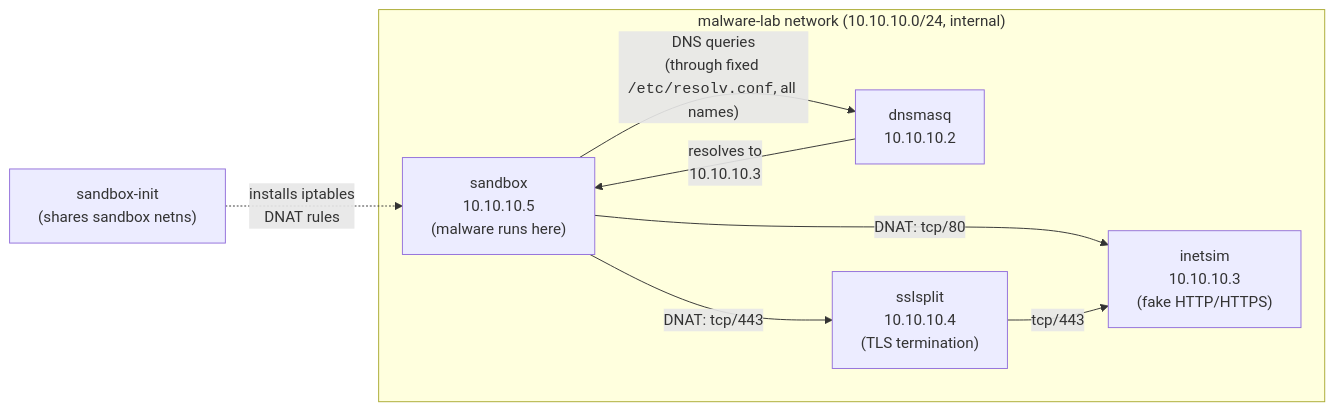
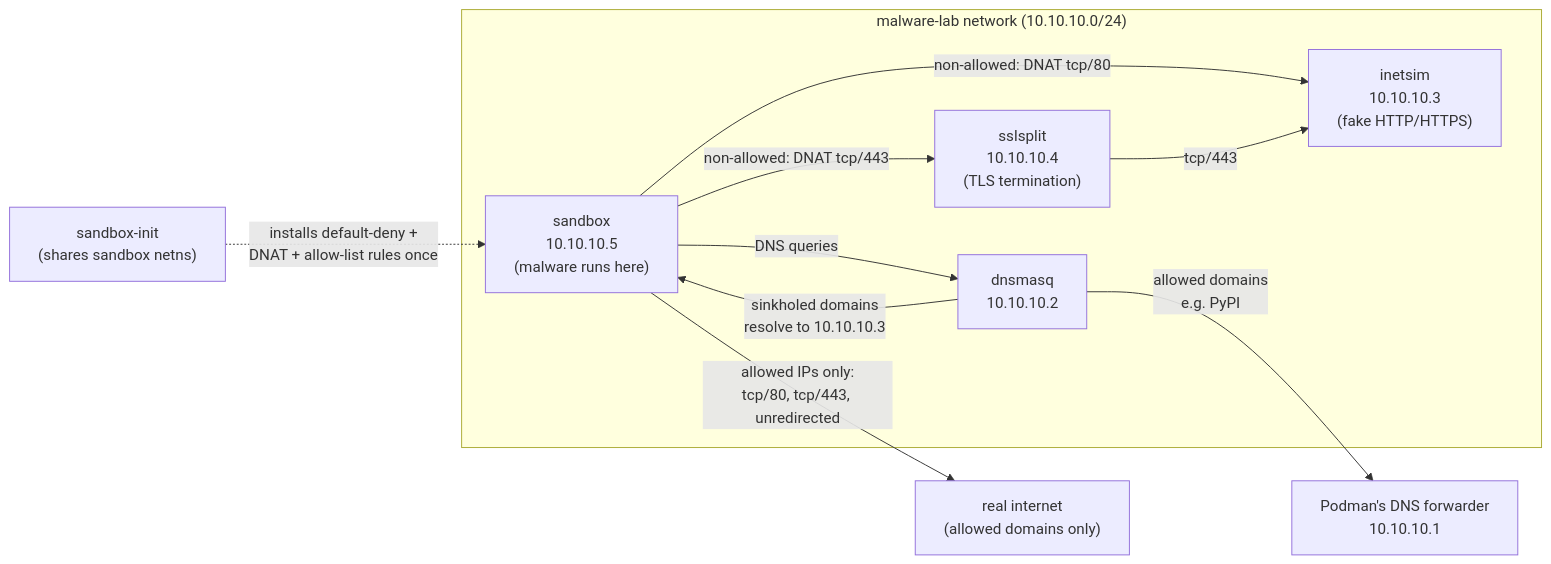
Before and after one commit to wiemerc/MalBox: the first of 2 diagrams in README.md, drawn with Mermaid. The commit also changed other lines of this file and 1 other file, not shown here.

````diff
--- a/README.md
+++ b/README.md
@@ -49,18 +71,23 @@
 ```mermaid
 flowchart LR
-    subgraph net["malware-lab network (10.10.10.0/24, internal)"]
+    subgraph net["malware-lab network (10.10.10.0/24)"]
         sandbox["sandbox<br/>10.10.10.5<br/>(malware runs here)"]
         dnsmasq["dnsmasq<br/>10.10.10.2"]
         sslsplit["sslsplit<br/>10.10.10.4<br/>(TLS termination)"]
         inetsim["inetsim<br/>10.10.10.3<br/>(fake HTTP/HTTPS)"]
     end
 
-    sandbox -- "DNS queries<br/>(through fixed <code>/etc/resolv.conf</code>, all names)" --> dnsmasq
-    dnsmasq -- "resolves to<br/>10.10.10.3" --> sandbox
+    podmanDNS["Podman's DNS forwarder<br/>10.10.10.1"]
+    real["real internet<br/>(allowed domains only)"]
 
-    sandbox -- "DNAT: tcp/80" --> inetsim
-    sandbox -- "DNAT: tcp/443" --> sslsplit
+    sandbox -- "DNS queries" --> dnsmasq
+    dnsmasq -- "sinkholed domains<br/>resolve to 10.10.10.3" --> sandbox
+    dnsmasq -- "allowed domains<br/>e.g. PyPI" --> podmanDNS
+
+    sandbox -- "non-allowed: DNAT tcp/80" --> inetsim
+    sandbox -- "non-allowed: DNAT tcp/443" --> sslsplit
     sslsplit -- "tcp/443" --> inetsim
+    sandbox -- "allowed IPs only:<br/>tcp/80, tcp/443, unredirected" --> real
 
-    sandboxInit["sandbox-init<br/>(shares sandbox netns)"] -. "installs iptables<br/>DNAT rules" .-> sandbox
+    sandboxInit["sandbox-init<br/>(shares sandbox netns)"] -. "installs default-deny +<br/>DNAT + allow-list rules once" .-> sandbox
 ```
````
